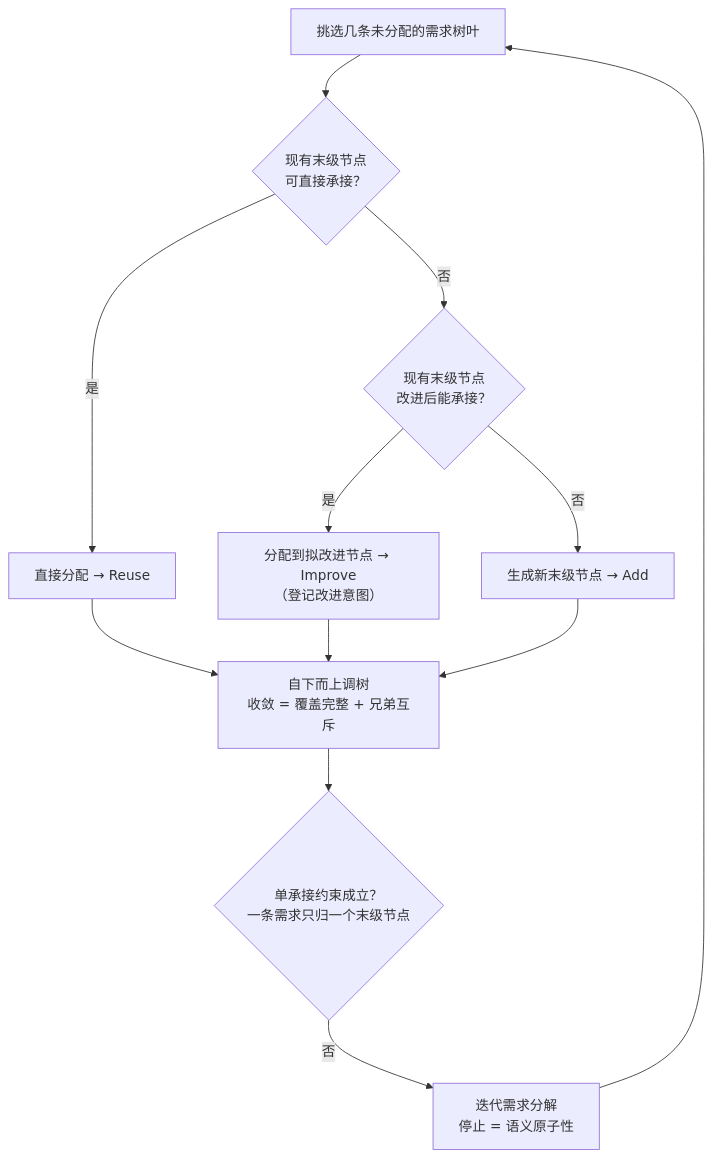
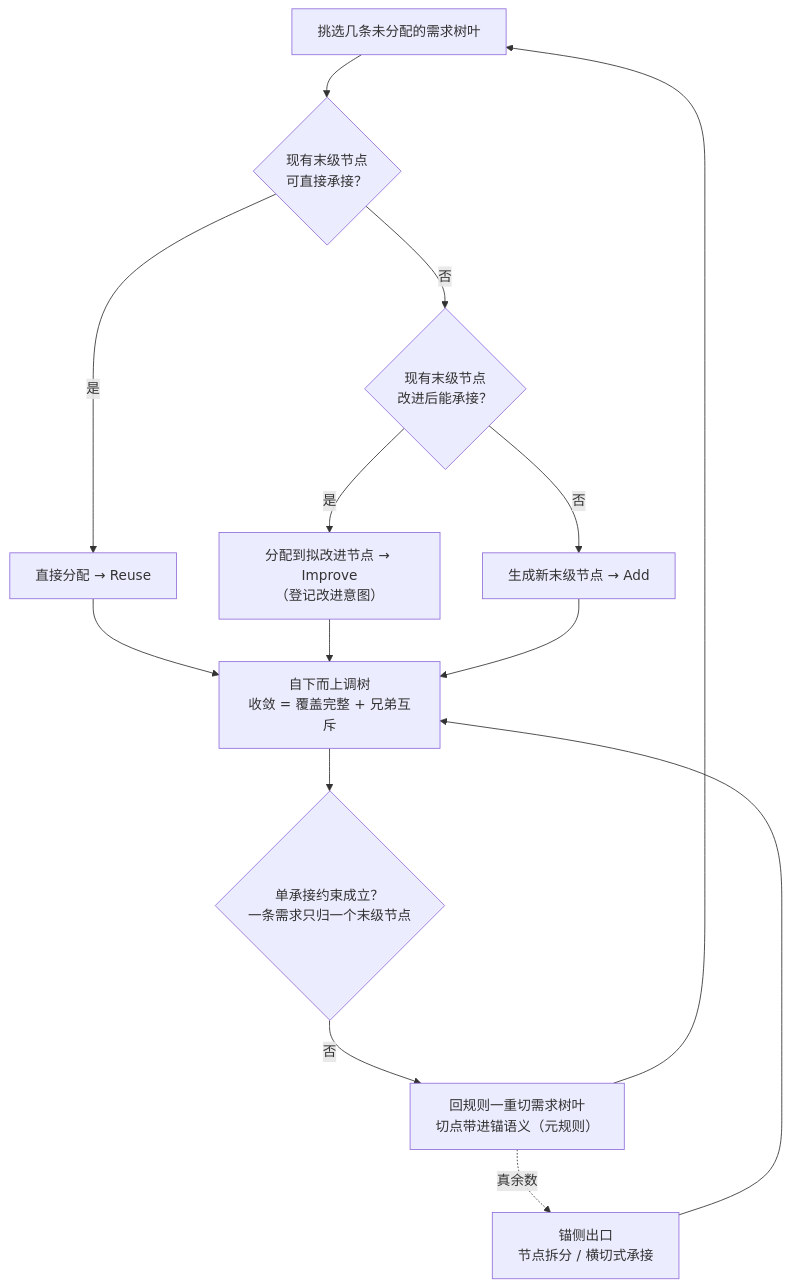
Before and after one commit to Yongjunzhou/AOS-system-design: the second of 3 diagrams in 50-research/00-系统工程相关研究报告/20-由需求开发方案研究报告-需求方案对与两阶段设计算法.md, drawn with Mermaid. The commit also changed other lines of this file and 2 other files, not shown here.

````diff
--- a/50-research/00-系统工程相关研究报告/20-由需求开发方案研究报告-需求方案对与两阶段设计算法.md
+++ b/50-research/00-系统工程相关研究报告/20-由需求开发方案研究报告-需求方案对与两阶段设计算法.md
@@ -138,14 +144,16 @@
 ```mermaid
 flowchart TD
     A["挑选几条未分配的需求树叶"] --> B{"现有末级节点<br/>可直接承接？"}
     B -- 是 --> C["直接分配 → Reuse"]
     B -- 否 --> D{"现有末级节点<br/>改进后能承接？"}
     D -- 是 --> E["分配到拟改进节点 → Improve<br/>（登记改进意图）"]
     D -- 否 --> F["生成新末级节点 → Add"]
     C --> G["自下而上调树<br/>收敛 = 覆盖完整 + 兄弟互斥"]
     E --> G
     F --> G
     G --> H{"单承接约束成立？<br/>一条需求只归一个末级节点"}
-    H -- 否 --> I["迭代需求分解<br/>停止 = 语义原子性"]
+    H -- 否 --> I["回规则一重切需求树叶<br/>切点带进锚语义（元规则）"]
     I --> A
+    I -.->|"真余数"| K["锚侧出口<br/>节点拆分 / 横切式承接"]
+    K --> G
 ```
````
